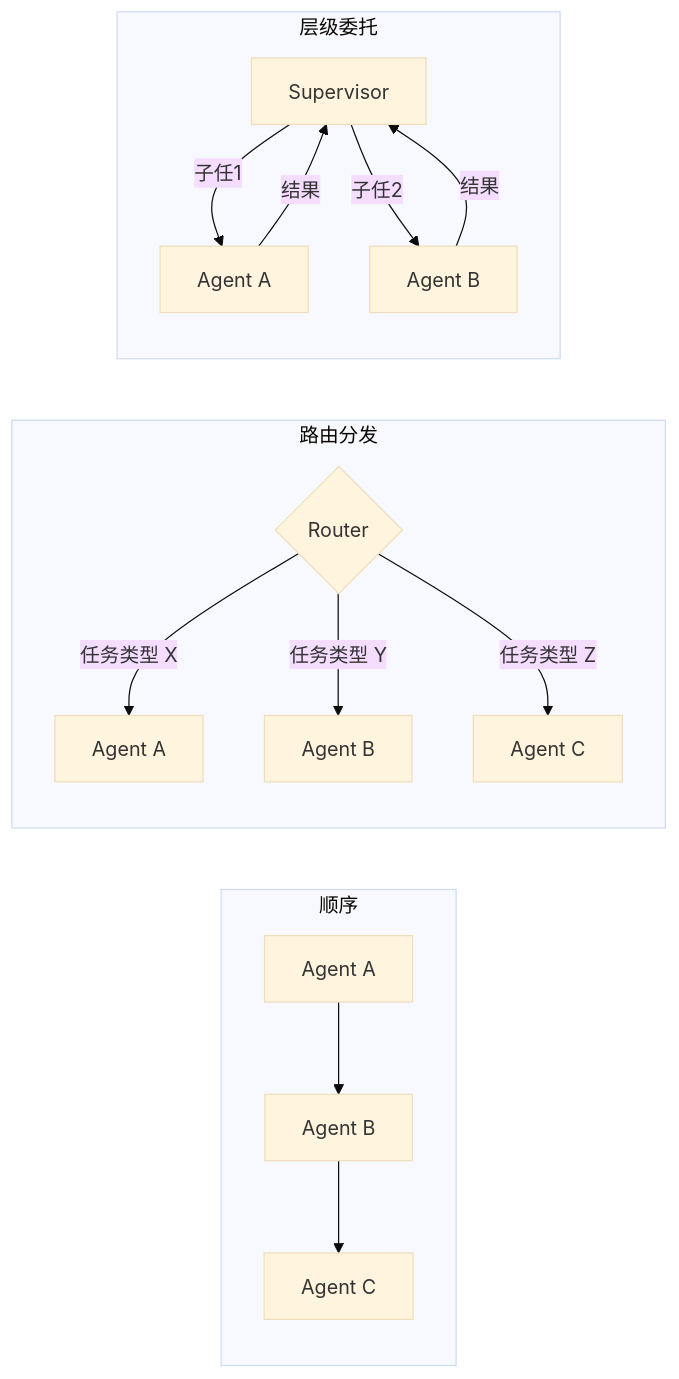
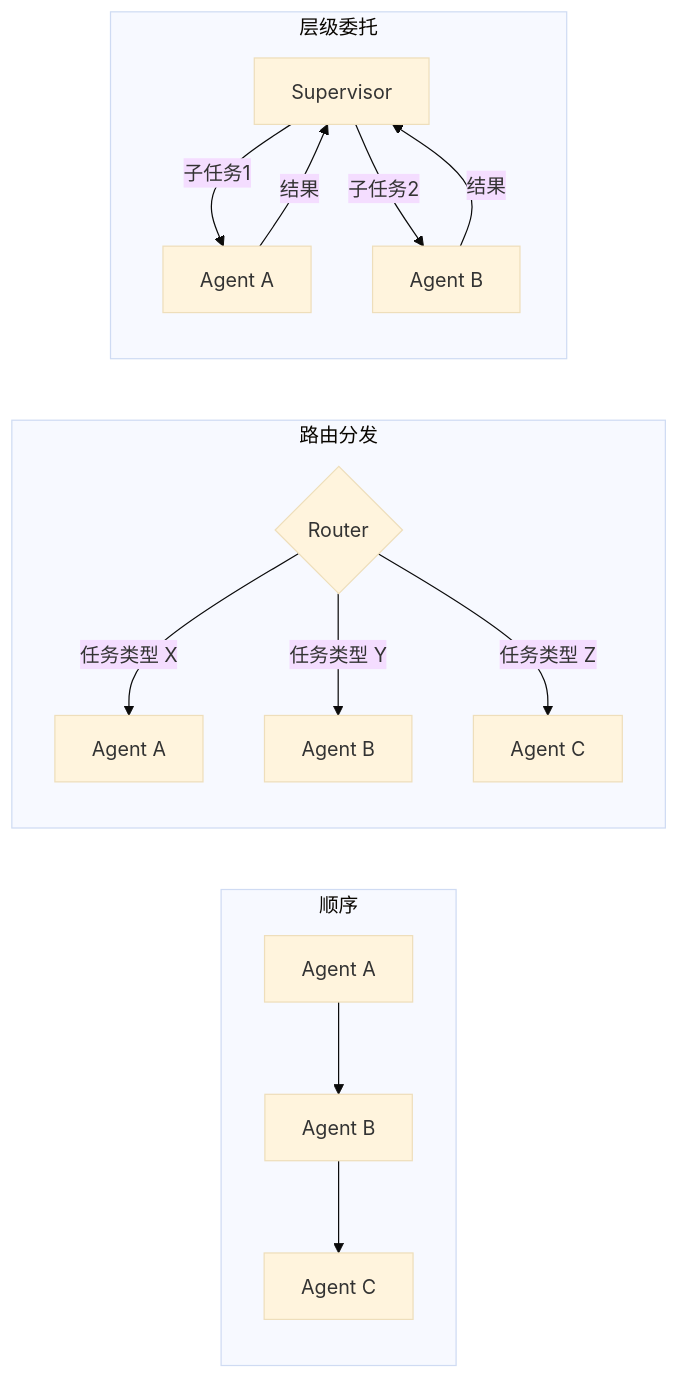
The second of 11 diagrams in 02-开发框架与平台/LangGraph/04-多Agent协作.md (shuh-ai/agent-dev-guide), drawn with Mermaid (base theme) before and after one commit. The commit also changed other lines of this file and 9 other files, not shown here.

Commit message:
fix：细化核心图表及相关描述，提升逻辑清晰度

````diff
--- a/02-开发框架与平台/LangGraph/04-多Agent协作.md
+++ b/02-开发框架与平台/LangGraph/04-多Agent协作.md
@@ -58,19 +58,19 @@
 ```mermaid
 graph LR
     subgraph 顺序
         S1[Agent A] --> S2[Agent B] --> S3[Agent C]
     end
 
     subgraph 路由分发
         R1{Router} -->|任务类型 X| R2[Agent A]
         R1 -->|任务类型 Y| R3[Agent B]
         R1 -->|任务类型 Z| R4[Agent C]
     end
 
     subgraph 层级委托
-        H1[Supervisor] -->|子任1| H2[Agent A]
-        H1 -->|子任2| H3[Agent B]
+        H1[Supervisor] -->|子任务1| H2[Agent A]
+        H1 -->|子任务2| H3[Agent B]
         H2 -->|结果| H1
         H3 -->|结果| H1
     end
 ```
````
